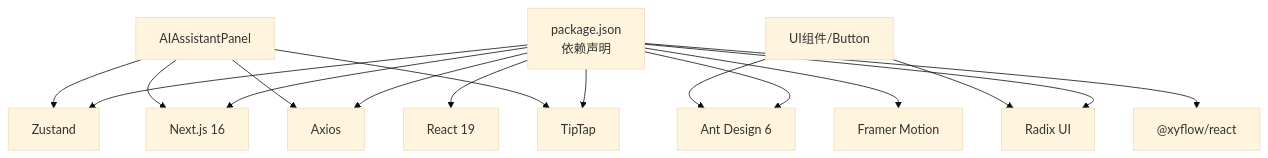
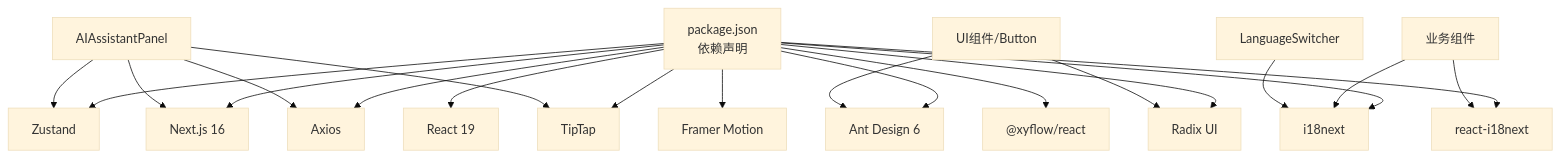
The tenth of 10 diagrams in .qoder/repowiki/zh/content/系统架构/前端架构/前端架构.md (KunLabAI/KunFlix), drawn with Mermaid (base theme) before and after one commit. The commit also changed other lines of this file and 78 other files, not shown here.

````diff
--- a/.qoder/repowiki/zh/content/系统架构/前端架构/前端架构.md
+++ b/.qoder/repowiki/zh/content/系统架构/前端架构/前端架构.md
@@ -407,18 +505,23 @@
 ```mermaid
 graph TB
 PKG["package.json<br/>依赖声明"] --> NEXT["Next.js 16"]
 PKG --> REACT["React 19"]
 PKG --> ZUSTAND["Zustand"]
 PKG --> AXIOS["Axios"]
 PKG --> ANT["Ant Design 6"]
 PKG --> TIP["TipTap"]
 PKG --> RADIX["Radix UI"]
 PKG --> FRAMER["Framer Motion"]
 PKG --> XYFLOW["@xyflow/react"]
+PKG --> I18NEXT["i18next"]
+PKG --> R_I18NEXT["react-i18next"]
 UI["UI组件/Button"] --> RADIX
 UI --> ANT
 PANEL["AIAssistantPanel"] --> ZUSTAND
 PANEL --> AXIOS
 PANEL --> TIP
 PANEL --> NEXT
+COMPONENTS["业务组件"] --> I18NEXT
+COMPONENTS --> R_I18NEXT
+LANG_SWITCH["LanguageSwitcher"] --> I18NEXT
 ```
````
